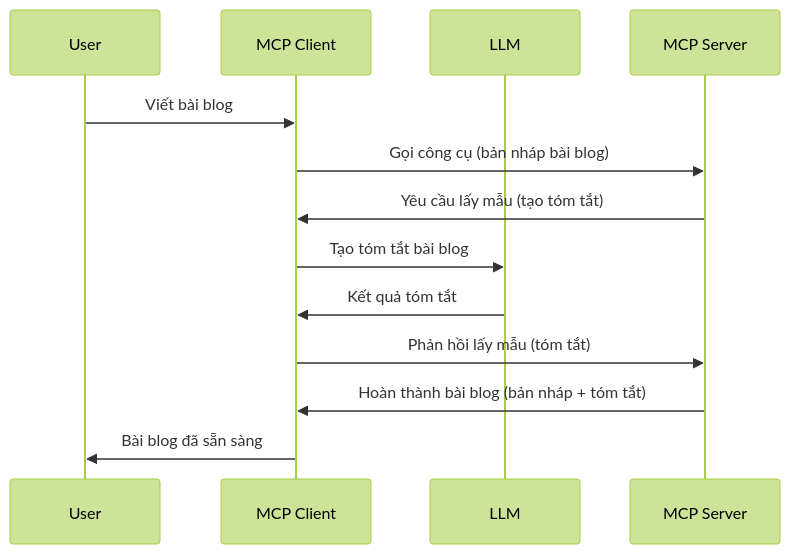
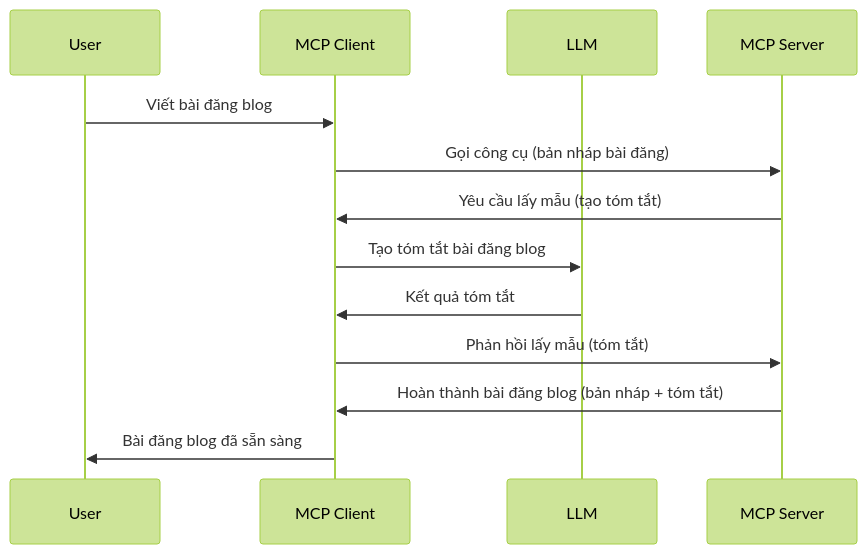
One commit to HIDORAKAI002/ai-workspace-archive changed the diagram in mcp_ecosystem__model_context_protocol/mcp_learning_resources/mcp-for-beginners/translations/vi/03-GettingStarted/14-sampling/README.md. Above: the diagram before and after it, drawn with Mermaid (forest theme). The commit also changed other lines of this file and 1046 other files, not shown here.

````diff
--- a/mcp_ecosystem__model_context_protocol/mcp_learning_resources/mcp-for-beginners/translations/vi/03-GettingStarted/14-sampling/README.md
+++ b/mcp_ecosystem__model_context_protocol/mcp_learning_resources/mcp-for-beginners/translations/vi/03-GettingStarted/14-sampling/README.md
@@ -23,16 +25,16 @@
 ```mermaid
 sequenceDiagram
     participant User
     participant MCP Client
     participant LLM
     participant MCP Server
 
-    User->>MCP Client: Viết bài blog
-    MCP Client->>MCP Server: Gọi công cụ (bản nháp bài blog)
+    User->>MCP Client: Viết bài đăng blog
+    MCP Client->>MCP Server: Gọi công cụ (bản nháp bài đăng)
     MCP Server->>MCP Client: Yêu cầu lấy mẫu (tạo tóm tắt)
-    MCP Client->>LLM: Tạo tóm tắt bài blog
+    MCP Client->>LLM: Tạo tóm tắt bài đăng blog
     LLM->>MCP Client: Kết quả tóm tắt
     MCP Client->>MCP Server: Phản hồi lấy mẫu (tóm tắt)
-    MCP Server->>MCP Client: Hoàn thành bài blog (bản nháp + tóm tắt)
-    MCP Client->>User: Bài blog đã sẵn sàng
+    MCP Server->>MCP Client: Hoàn thành bài đăng blog (bản nháp + tóm tắt)
+    MCP Client->>User: Bài đăng blog đã sẵn sàng
 ```
````
